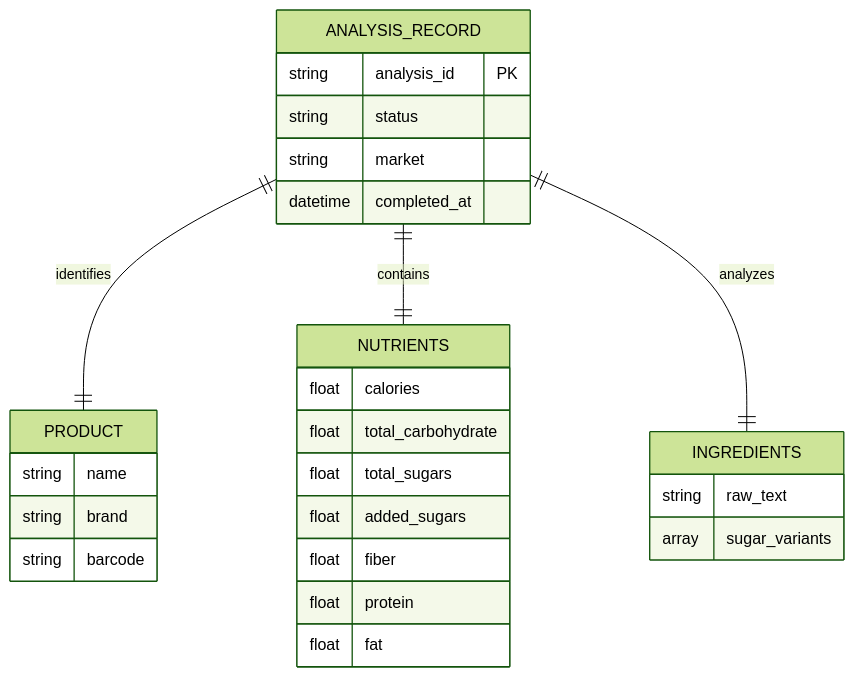
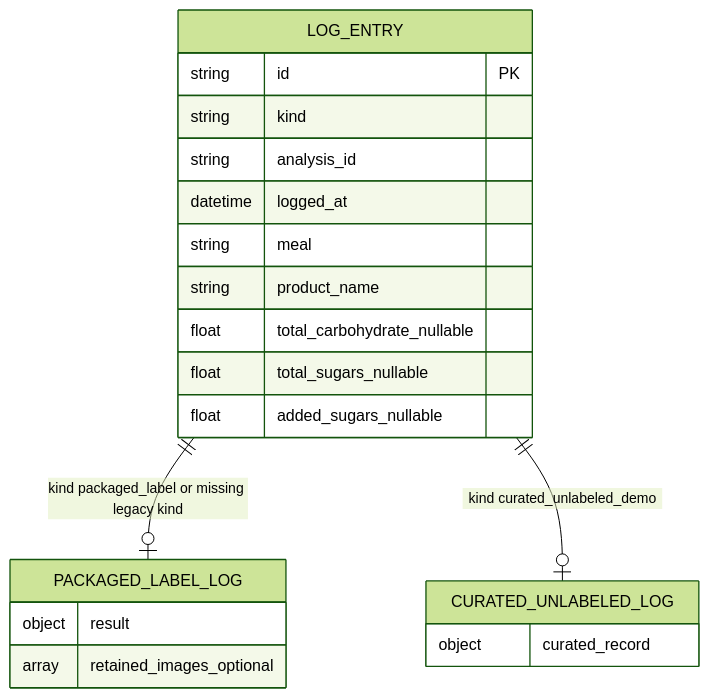
The second of 2 diagrams in .md/ARCHITECTURE.md (aaaaandreiii/NutritionTracker), drawn with Mermaid (forest theme) before and after one commit. The commit also changed other lines of this file and 37 other files, not shown here.

First line of the commit message:
feat: add curated unlabeled food demo functionality

````diff
--- a/.md/ARCHITECTURE.md
+++ b/.md/ARCHITECTURE.md
@@ -57,31 +84,24 @@
 ```mermaid
 erDiagram
-    ANALYSIS_RECORD {
-        string analysis_id PK
-        string status
-        string market
-        datetime completed_at
+    LOG_ENTRY {
+        string id PK
+        string kind
+        string analysis_id
+        datetime logged_at
+        string meal
+        string product_name
+        float total_carbohydrate_nullable
+        float total_sugars_nullable
+        float added_sugars_nullable
     }
-    PRODUCT {
-        string name
-        string brand
-        string barcode
+    PACKAGED_LABEL_LOG {
+        object result
+        array retained_images_optional
     }
-    NUTRIENTS {
-        float calories
-        float total_carbohydrate
-        float total_sugars
-        float added_sugars
-        float fiber
-        float protein
-        float fat
-    }
-    INGREDIENTS {
-        string raw_text
-        array sugar_variants
+    CURATED_UNLABELED_LOG {
+        object curated_record
     }
 
-    ANALYSIS_RECORD ||--|| PRODUCT : "identifies"
-    ANALYSIS_RECORD ||--|| NUTRIENTS : "contains"
-    ANALYSIS_RECORD ||--|| INGREDIENTS : "analyzes"
+    LOG_ENTRY ||--o| PACKAGED_LABEL_LOG : "kind packaged_label or missing legacy kind"
+    LOG_ENTRY ||--o| CURATED_UNLABELED_LOG : "kind curated_unlabeled_demo"
 ```
````
